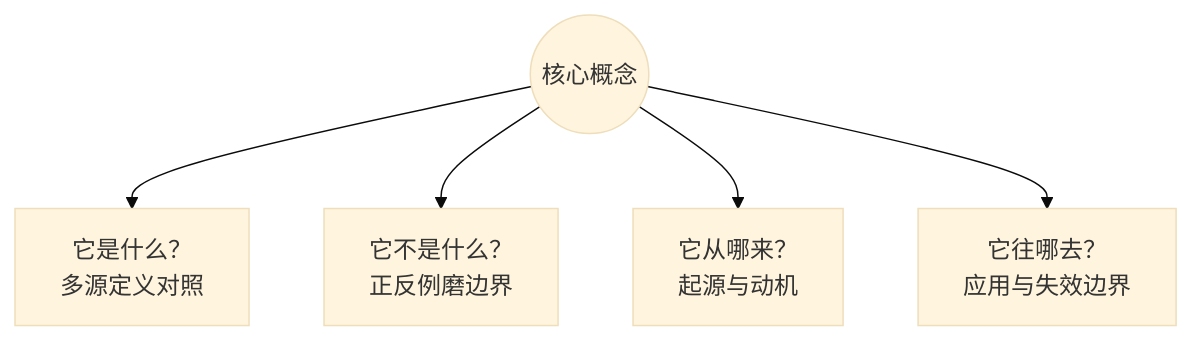
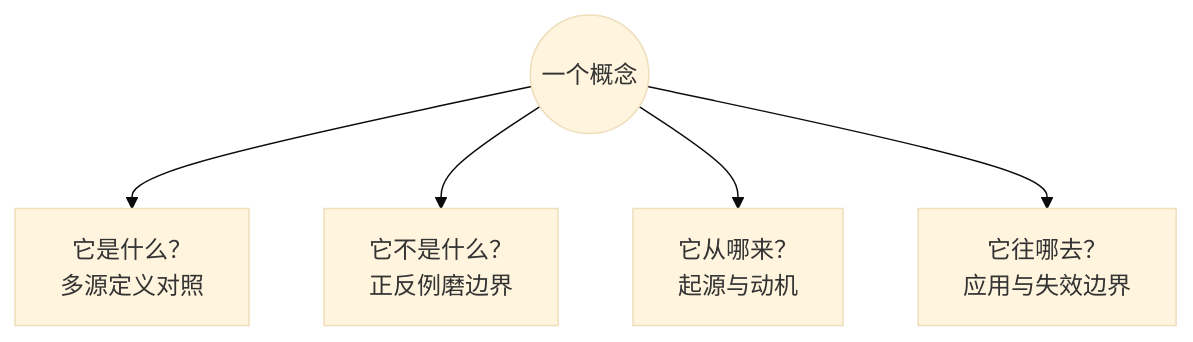
The second of 2 diagrams in 10-系统工程研究/03-架构师是个怎样的物种/01-第1章-概念体系-学习能力的杠杆.md (Yongjunzhou/business-Engineering), drawn with Mermaid (base theme) before and after one commit. The commit also changed other lines of this file and 11 other files, not shown here.

````diff
--- a/10-系统工程研究/03-架构师是个怎样的物种/01-第1章-概念体系-学习能力的杠杆.md
+++ b/10-系统工程研究/03-架构师是个怎样的物种/01-第1章-概念体系-学习能力的杠杆.md
@@ -616,7 +429,7 @@
 ```mermaid
 flowchart TD
-    C((核心概念)) --> Q1["它是什么？<br/>多源定义对照"]
+    C((一个概念)) --> Q1["它是什么？<br/>多源定义对照"]
     C --> Q2["它不是什么？<br/>正反例磨边界"]
     C --> Q3["它从哪来？<br/>起源与动机"]
     C --> Q4["它往哪去？<br/>应用与失效边界"]
 ```
````
